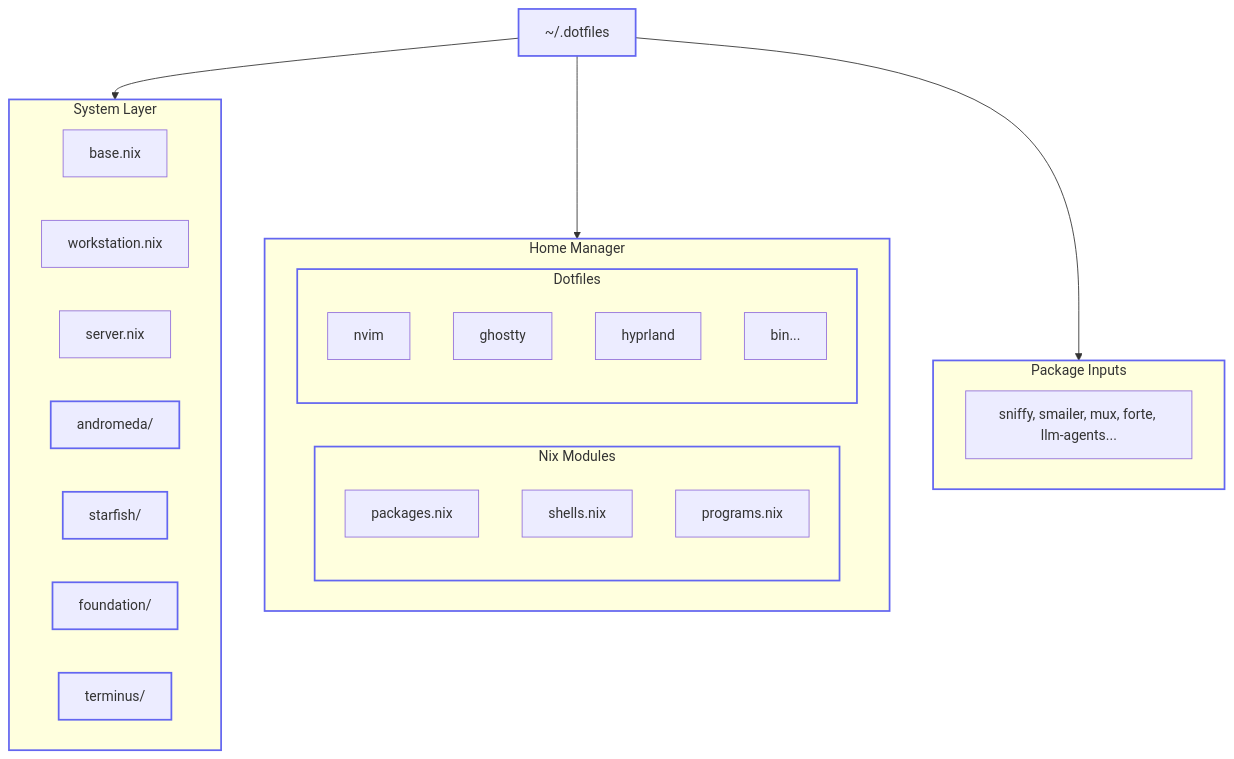
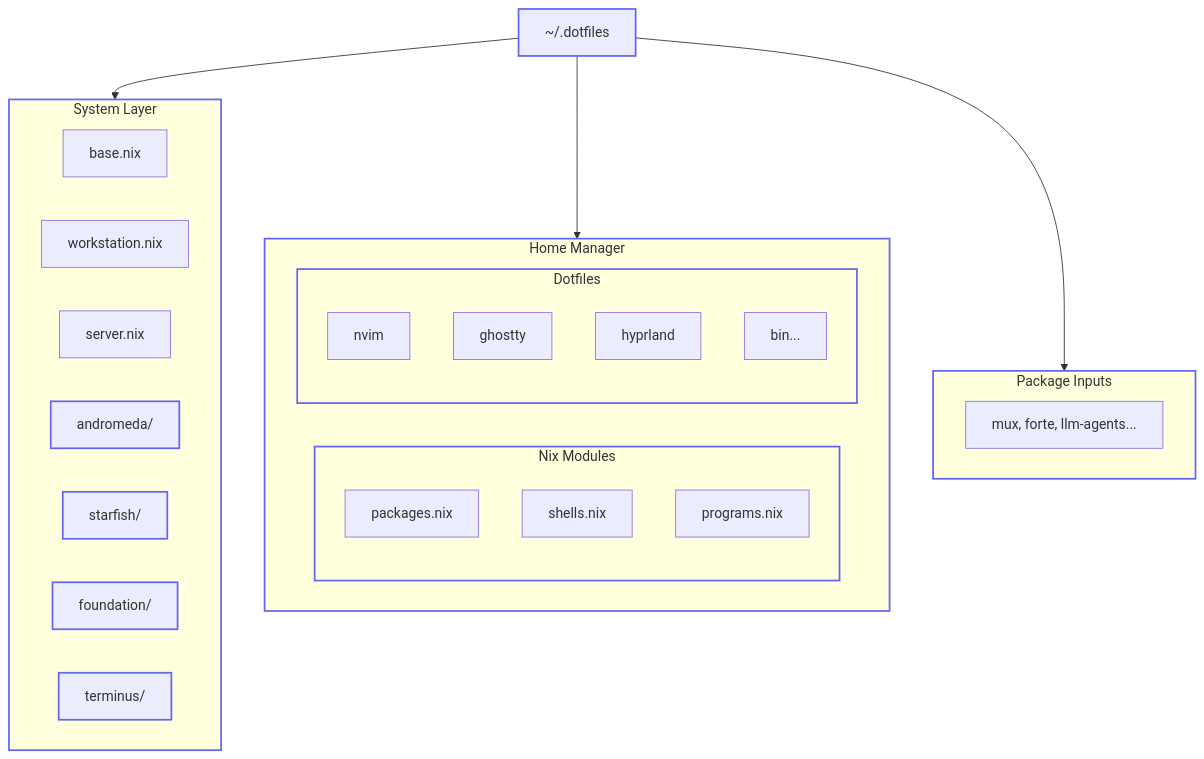
The second of 2 diagrams in README.md (willfish/nix), drawn with Mermaid before and after one commit. The commit also changed other lines of this file and 5 other files, not shown here.

First line of the commit message:
chore(packages): drop sniffy, smailer and walls

````diff
--- a/README.md
+++ b/README.md
@@ -62,37 +60,37 @@
 ```mermaid
 flowchart TD
     ROOT["~/.dotfiles"]
 
     subgraph SYSTEM [System Layer]
         BASE[base.nix]
         WORKSTATION[workstation.nix]
         SERVER[server.nix]
         ANDROMEDA[andromeda/]
         STARFISH[starfish/]
         FOUNDATION[foundation/]
         TERMINUS[terminus/]
     end
 
     subgraph HOME [Home Manager]
         subgraph MODULES [Nix Modules]
             PKGS[packages.nix]
             SHELLS[shells.nix]
             PROGRAMS[programs.nix]
         end
         subgraph CONFIGS [Dotfiles]
             NVIM[nvim]
             GHOSTTY[ghostty]
             HYPRLAND[hyprland]
             OTHER[bin...]
         end
     end
 
     subgraph INPUTS [Package Inputs]
-        TOOLS[sniffy, smailer, mux, forte, llm-agents...]
+        TOOLS[mux, forte, llm-agents...]
     end
 
     ROOT --> SYSTEM & HOME & INPUTS
 
     classDef box stroke:#6366f1,stroke-width:2px
     class ROOT,SYSTEM,HOME,INPUTS,MODULES,CONFIGS,ANDROMEDA,STARFISH,FOUNDATION,TERMINUS box
 ```
````
